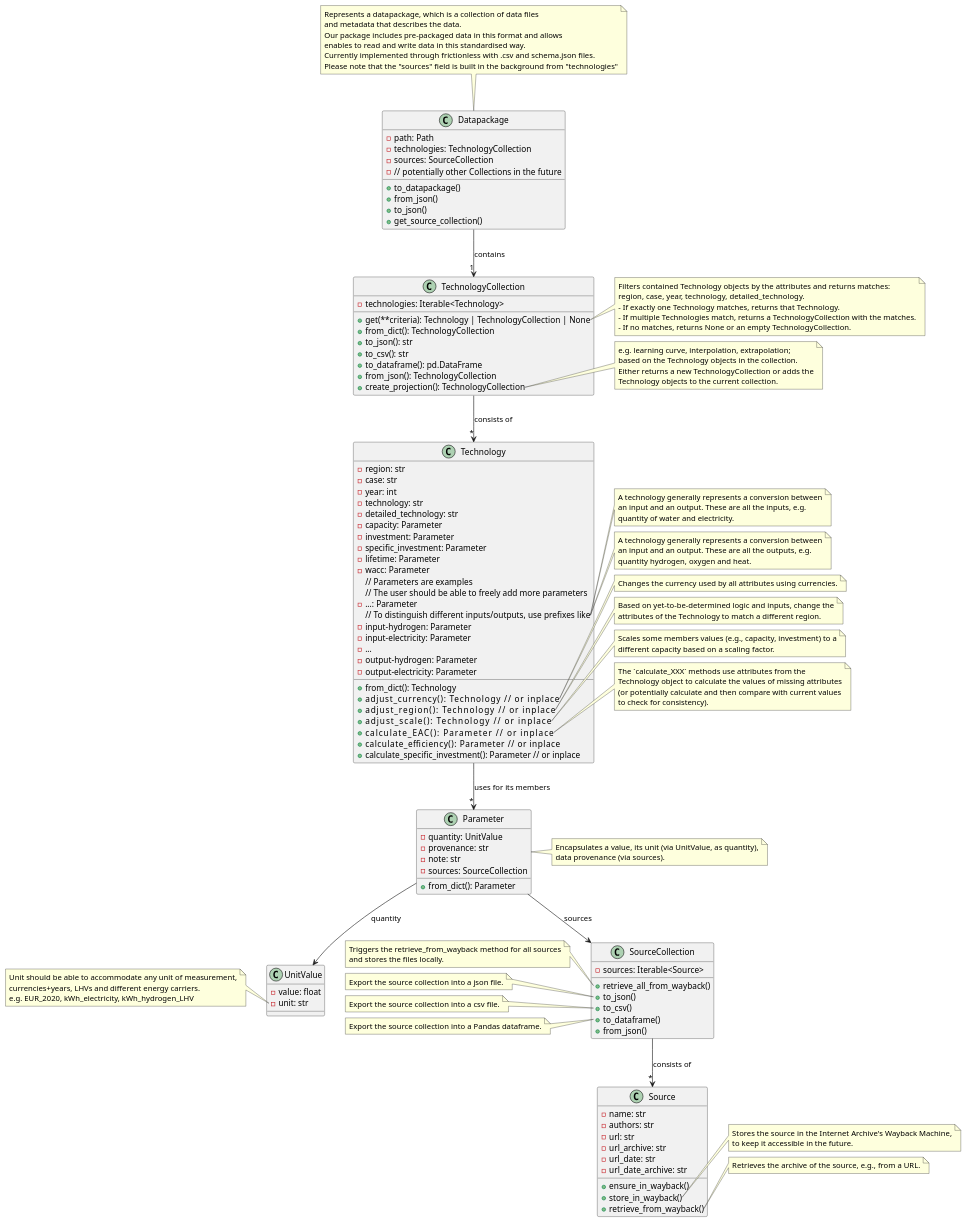
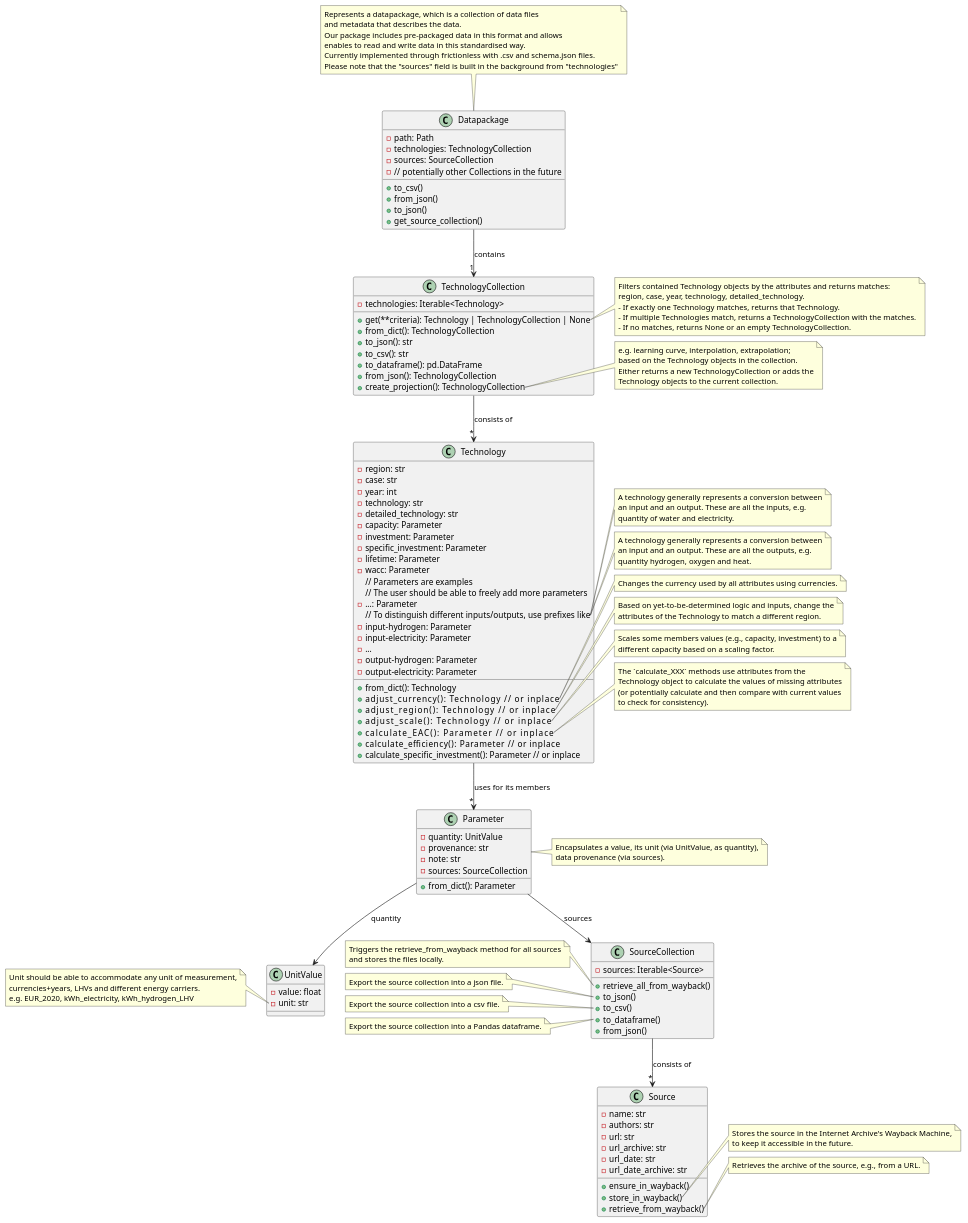
Before and after one commit to open-energy-transition/technology-data: the diagram in docs/class-diagram.puml, drawn with PlantUML. The commit also changed 1 other file, not shown here.

Commit message:
code: remove to_datapackage

```diff
--- a/docs/class-diagram.puml
+++ b/docs/class-diagram.puml
@@ -173,7 +173,7 @@
   - technologies: TechnologyCollection
   - sources: SourceCollection
   - // potentially other Collections in the future
-  + to_datapackage()
+  + to_csv()
   + from_json()
   + to_json()
   + get_source_collection()
```
